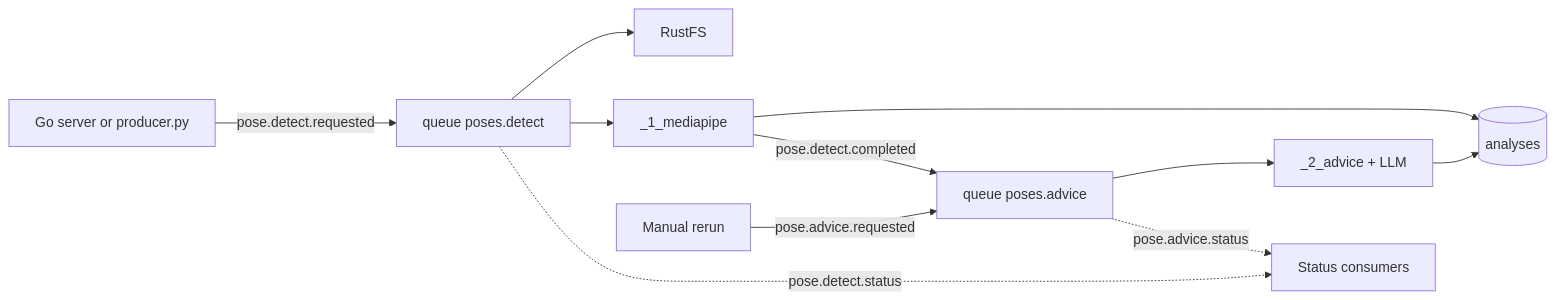
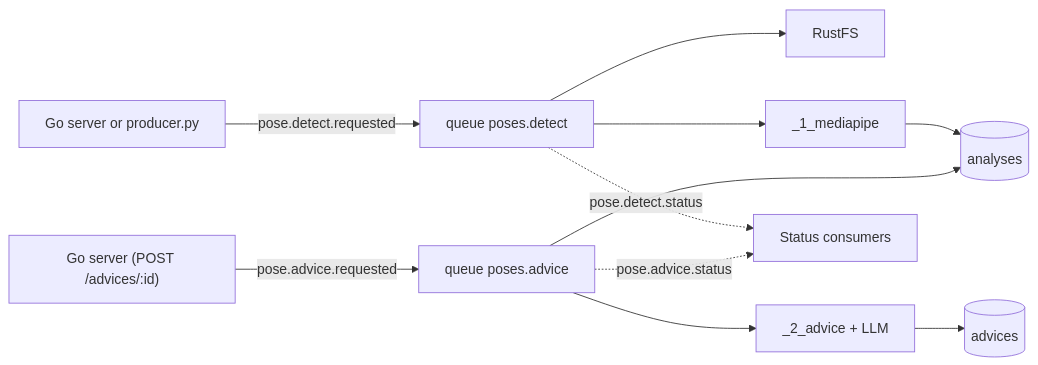
The diagram in apps/ai/README.md (Ascension-EIP/Ascension), drawn with Mermaid before and after one commit. The commit also changed other lines of this file and 13 other files, not shown here.

First line of the commit message:
fix(ai): store advice in the new advices table

````diff
--- a/apps/ai/README.md
+++ b/apps/ai/README.md
@@ -34,13 +34,13 @@
 ```mermaid
 flowchart LR
     Producer["Go server or producer.py"] -->|"pose.detect.requested"| Detect["queue poses.detect"]
     Detect --> S3["RustFS"]
     Detect --> Steps["_1_mediapipe"]
     Steps --> DB[("analyses")]
-    Steps -->|"pose.detect.completed"| Advice["queue poses.advice"]
-    Manual["Manual rerun"] -->|"pose.advice.requested"| Advice
+    Server["Go server (POST /advices/:id)"] -->|"pose.advice.requested"| Advice["queue poses.advice"]
+    Advice --> DB
     Advice --> LLM["_2_advice + LLM"]
-    LLM --> DB
+    LLM --> ADV[("advices")]
     Detect -.->|"pose.detect.status"| Events["Status consumers"]
     Advice -.->|"pose.advice.status"| Events
 ```
````
